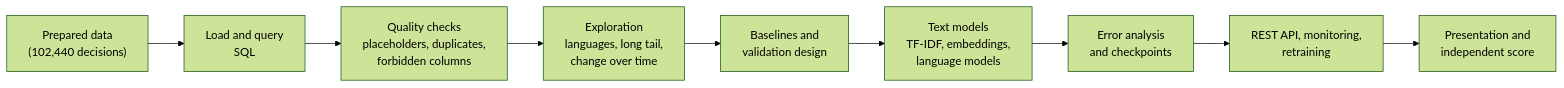
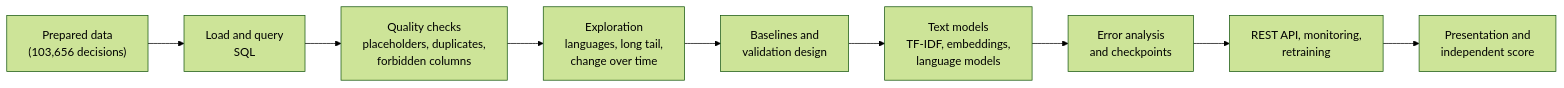
The fourth of 4 diagrams in proposal/CURRICULUM.md (khoadaniel/statistical-programming-mpmd-htw-ws-2026), drawn with Mermaid (forest theme) before and after one commit. The commit also changed other lines of this file and 36 other files, not shown here.

````diff
--- a/proposal/CURRICULUM.md
+++ b/proposal/CURRICULUM.md
@@ -964,11 +910,11 @@
 ```mermaid
 flowchart LR
-  A["Prepared data<br/>(102,440 decisions)"] --> B["Load and query<br/>SQL"]
+  A["Prepared data<br/>(103,656 decisions)"] --> B["Load and query<br/>SQL"]
   B --> C["Quality checks<br/>placeholders, duplicates,<br/>forbidden columns"]
   C --> D["Exploration<br/>languages, long tail,<br/>change over time"]
   D --> E["Baselines and<br/>validation design"]
   E --> F["Text models<br/>TF-IDF, embeddings,<br/>language models"]
   F --> G["Error analysis<br/>and checkpoints"]
   G --> H["REST API, monitoring,<br/>retraining"]
   H --> I["Presentation and<br/>independent score"]
 ```
````
